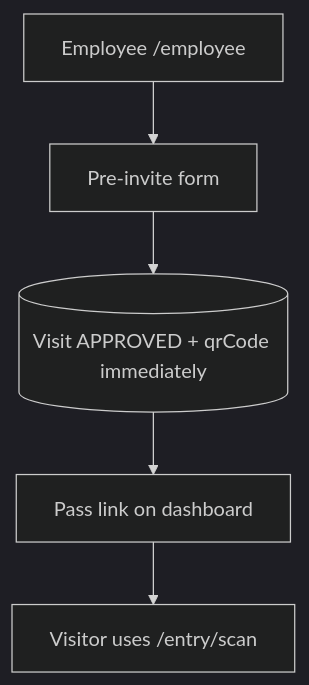
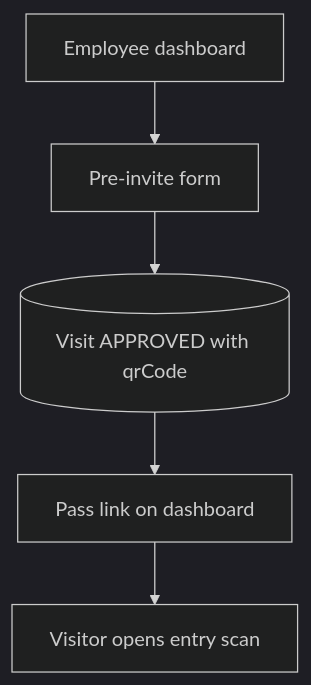
Before and after one commit to TusharChauhan09/Visitor-Management-System-assignment: the fourth of 6 diagrams in README.md, drawn with Mermaid (dark theme). The commit also changed other lines of this file and 14 other files, not shown here.

````diff
--- a/README.md
+++ b/README.md
@@ -150,7 +150,7 @@
 ```mermaid
 flowchart TD
-  E[Employee /employee] --> F[Pre-invite form]
-  F --> DB[(Visit APPROVED + qrCode immediately)]
-  DB --> Link[Pass link on dashboard]
-  Link --> V[Visitor uses /entry/scan]
+  E["Employee dashboard"] --> F["Pre-invite form"]
+  F --> VisitDb[("Visit APPROVED with qrCode")]
+  VisitDb --> Link["Pass link on dashboard"]
+  Link --> V["Visitor opens entry scan"]
 ```
````
